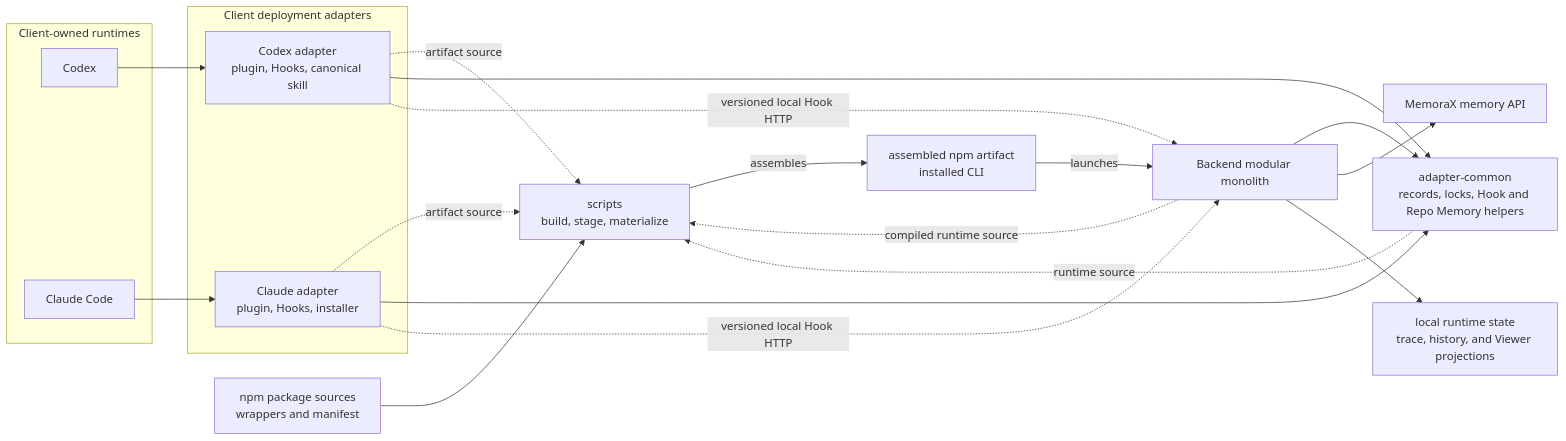
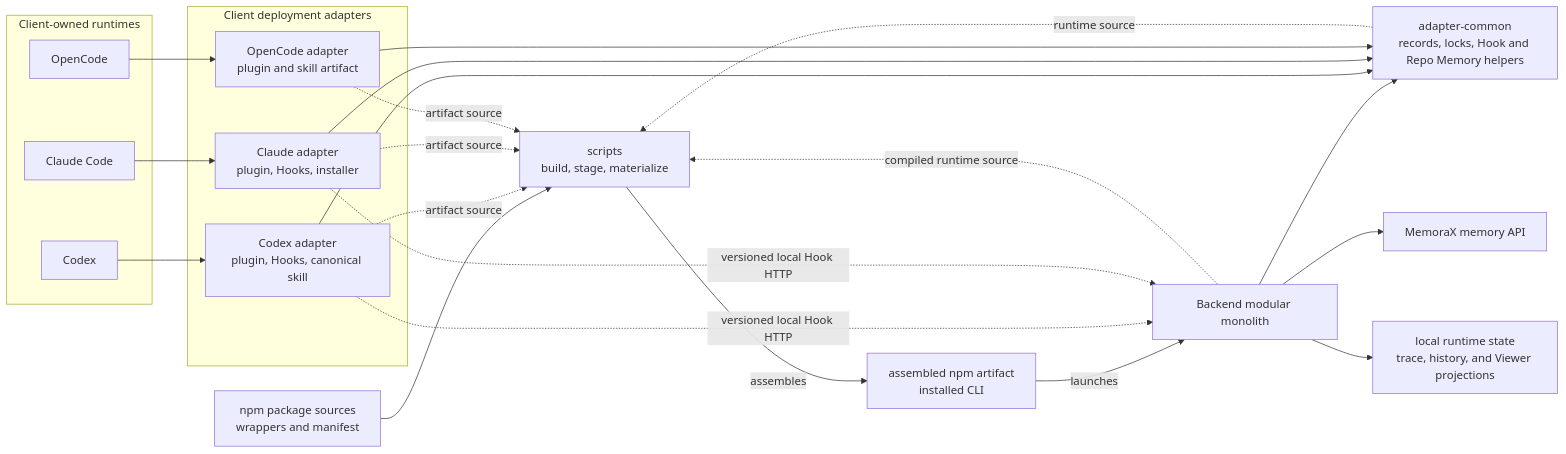
Before and after one commit to LimFang/memorax-code: the first of 6 diagrams in ARCHITECTURE.md, drawn with Mermaid. The commit also changed other lines of this file and 15 other files, not shown here.

Commit message:
feat:(opencode) add adapter artifact and packaged skill

````diff
--- a/ARCHITECTURE.md
+++ b/ARCHITECTURE.md
@@ -39,40 +39,45 @@
 ```mermaid
 flowchart LR
   subgraph Clients["Client-owned runtimes"]
     Codex["Codex"]
     Claude["Claude Code"]
+    OpenCode["OpenCode"]
   end
 
   subgraph Adapters["Client deployment adapters"]
     CodexAdapter["Codex adapter<br/>plugin, Hooks, canonical skill"]
     ClaudeAdapter["Claude adapter<br/>plugin, Hooks, installer"]
+    OpenCodeAdapter["OpenCode adapter<br/>plugin and skill artifact"]
   end
 
   Common["adapter-common<br/>records, locks, Hook and Repo Memory helpers"]
   Backend["Backend modular monolith"]
   Npm["npm package sources<br/>wrappers and manifest"]
   Build["scripts<br/>build, stage, materialize"]
   Artifact["assembled npm artifact<br/>installed CLI"]
   MemoraX["MemoraX memory API"]
   Local["local runtime state<br/>trace, history, and Viewer projections"]
 
   Npm --> Build
   Backend -. "compiled runtime source" .-> Build
   Common -. "runtime source" .-> Build
   CodexAdapter -. "artifact source" .-> Build
   ClaudeAdapter -. "artifact source" .-> Build
+  OpenCodeAdapter -. "artifact source" .-> Build
   Build -->|"assembles"| Artifact
   Artifact -->|"launches"| Backend
 
   Backend --> Common
   CodexAdapter --> Common
   ClaudeAdapter --> Common
+  OpenCodeAdapter --> Common
 
   Codex --> CodexAdapter
   Claude --> ClaudeAdapter
+  OpenCode --> OpenCodeAdapter
   CodexAdapter -. "versioned local Hook HTTP" .-> Backend
   ClaudeAdapter -. "versioned local Hook HTTP" .-> Backend
 
   Backend --> MemoraX
   Backend --> Local
 ```
````
